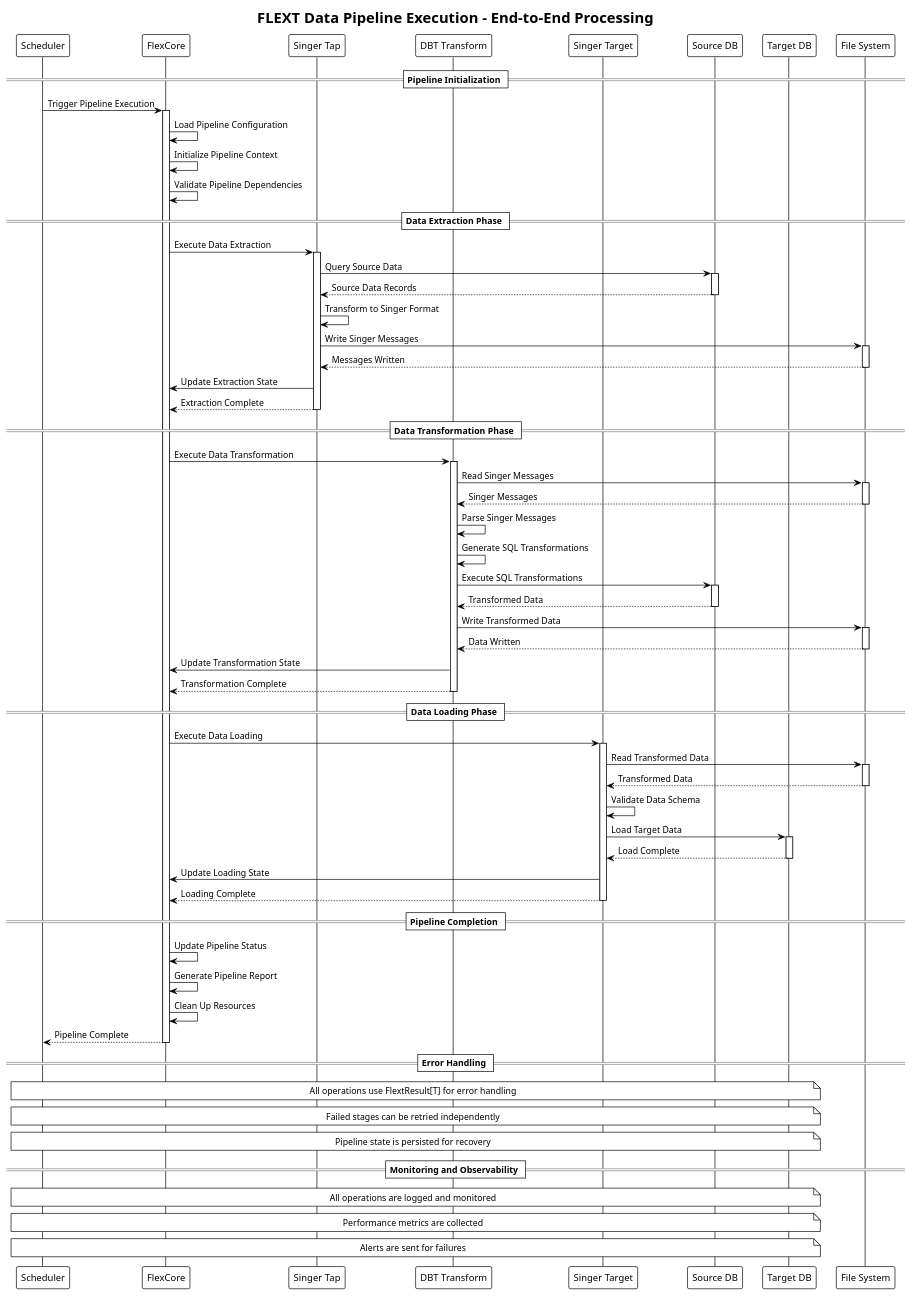
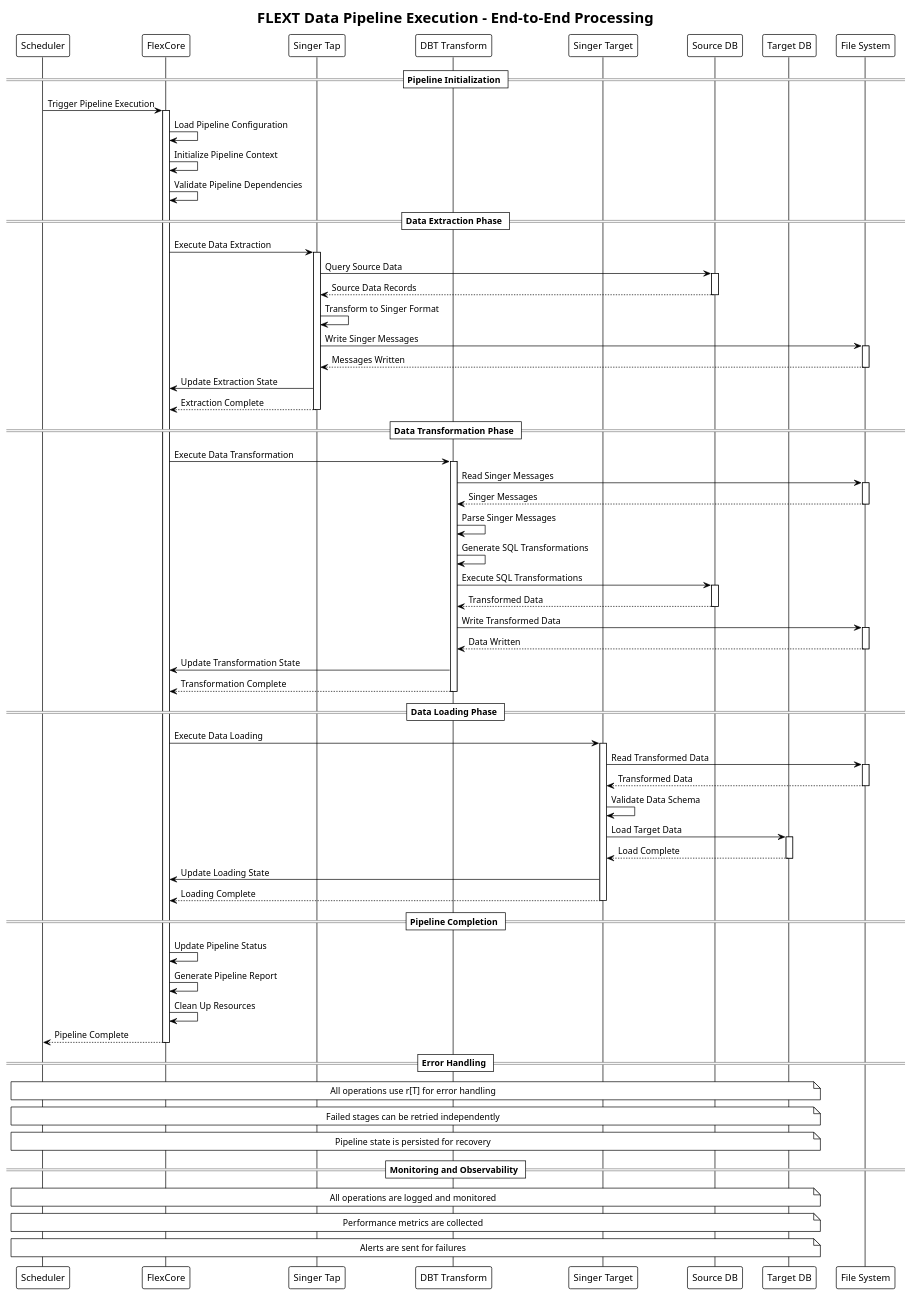
Before and after one commit to flext-sh/flext: the diagram in docs/architecture/plantuml/sequence-diagrams/data-pipeline-execution.puml, drawn with PlantUML. The commit also changed 35 other files, not shown here.

```diff
--- a/docs/architecture/plantuml/sequence-diagrams/data-pipeline-execution.puml
+++ b/docs/architecture/plantuml/sequence-diagrams/data-pipeline-execution.puml
@@ -1,103 +1,103 @@
 @startuml Data Pipeline Execution
 !theme plain
 title FLEXT Data Pipeline Execution - End-to-End Processing
 
 participant "Scheduler" as SCHED
 participant "FlexCore" as FC
 participant "Singer Tap" as TAP
 participant "DBT Transform" as DBT
 participant "Singer Target" as TARGET
 participant "Source DB" as SRC_DB
 participant "Target DB" as TGT_DB
 participant "File System" as FS
 
 == Pipeline Initialization ==
 SCHED -> FC: Trigger Pipeline Execution
 activate FC
 
 FC -> FC: Load Pipeline Configuration
 FC -> FC: Initialize Pipeline Context
 FC -> FC: Validate Pipeline Dependencies
 
 == Data Extraction Phase ==
 FC -> TAP: Execute Data Extraction
 activate TAP
 
 TAP -> SRC_DB: Query Source Data
 activate SRC_DB
 SRC_DB --> TAP: Source Data Records
 deactivate SRC_DB
 
 TAP -> TAP: Transform to Singer Format
 TAP -> FS: Write Singer Messages
 activate FS
 FS --> TAP: Messages Written
 deactivate FS
 
 TAP -> FC: Update Extraction State
 TAP --> FC: Extraction Complete
 deactivate TAP
 
 == Data Transformation Phase ==
 FC -> DBT: Execute Data Transformation
 activate DBT
 
 DBT -> FS: Read Singer Messages
 activate FS
 FS --> DBT: Singer Messages
 deactivate FS
 
 DBT -> DBT: Parse Singer Messages
 DBT -> DBT: Generate SQL Transformations
 DBT -> SRC_DB: Execute SQL Transformations
 activate SRC_DB
 SRC_DB --> DBT: Transformed Data
 deactivate SRC_DB
 
 DBT -> FS: Write Transformed Data
 activate FS
 FS --> DBT: Data Written
 deactivate FS
 
 DBT -> FC: Update Transformation State
 DBT --> FC: Transformation Complete
 deactivate DBT
 
 == Data Loading Phase ==
 FC -> TARGET: Execute Data Loading
 activate TARGET
 
 TARGET -> FS: Read Transformed Data
 activate FS
 FS --> TARGET: Transformed Data
 deactivate FS
 
 TARGET -> TARGET: Validate Data Schema
 TARGET -> TGT_DB: Load Target Data
 activate TGT_DB
 TGT_DB --> TARGET: Load Complete
 deactivate TGT_DB
 
 TARGET -> FC: Update Loading State
 TARGET --> FC: Loading Complete
 deactivate TARGET
 
 == Pipeline Completion ==
 FC -> FC: Update Pipeline Status
 FC -> FC: Generate Pipeline Report
 FC -> FC: Clean Up Resources
 
 FC --> SCHED: Pipeline Complete
 deactivate FC
 
 == Error Handling ==
-note over SCHED, TGT_DB: All operations use FlextResult[T] for error handling
+note over SCHED, TGT_DB: All operations use r[T] for error handling
 note over SCHED, TGT_DB: Failed stages can be retried independently
 note over SCHED, TGT_DB: Pipeline state is persisted for recovery
 
 == Monitoring and Observability ==
 note over SCHED, TGT_DB: All operations are logged and monitored
 note over SCHED, TGT_DB: Performance metrics are collected
 note over SCHED, TGT_DB: Alerts are sent for failures
 
 @enduml
```
